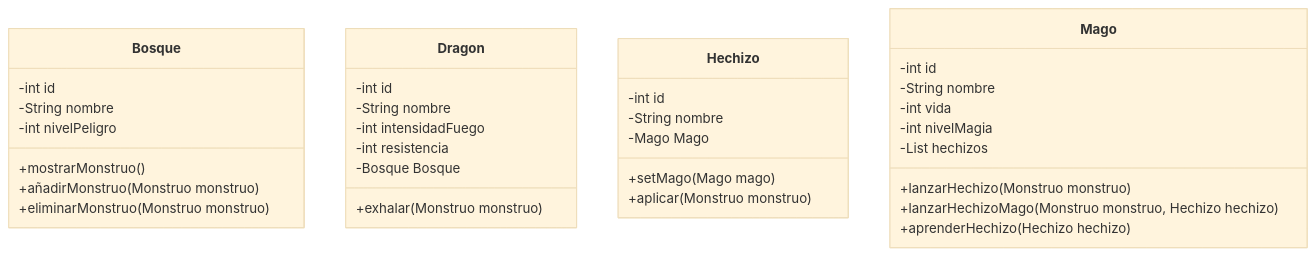
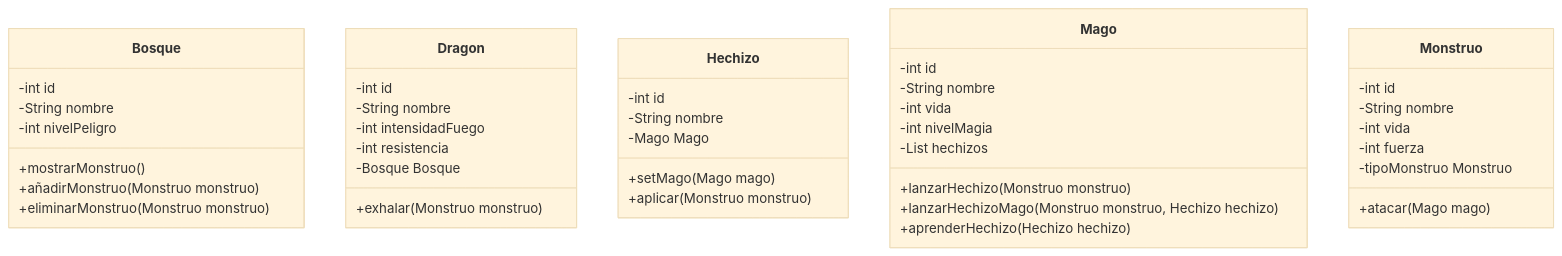
One commit to AnxoB/dragolandiav2 changed the first of 2 diagrams in readme.md. Above: the diagram before and after it, drawn with Mermaid (base theme). The commit also changed 10 other files, not shown here.

Commit message:
Diagrama  de clases y comienzo de singleton

````diff
--- a/readme.md
+++ b/readme.md
@@ -9,36 +9,44 @@
 ```mermaid
 classDiagram
     class Bosque{
       -int id
       -String nombre
       -int nivelPeligro
       +mostrarMonstruo()
       +añadirMonstruo(Monstruo monstruo)
       +eliminarMonstruo(Monstruo monstruo)
     }
     class Dragon{
       -int id
       -String nombre
       -int intensidadFuego
       -int resistencia
       -Bosque Bosque
       +exhalar(Monstruo monstruo)
     }
     class Hechizo{
       -int id
       -String nombre
       -Mago Mago
       +setMago(Mago mago)
       +aplicar(Monstruo monstruo)
     }
     class Mago{
         -int id
         -String nombre
         -int vida
         -int nivelMagia
         -List<Hechizo> hechizos
         +lanzarHechizo(Monstruo monstruo)
         +lanzarHechizoMago(Monstruo monstruo, Hechizo hechizo)
         +aprenderHechizo(Hechizo hechizo)
     }
+    class Monstruo{
+        -int id
+        -String nombre
+        -int vida
+        -int fuerza
+        -tipoMonstruo Monstruo
+        +atacar(Mago mago)
+    }
 ```
````
